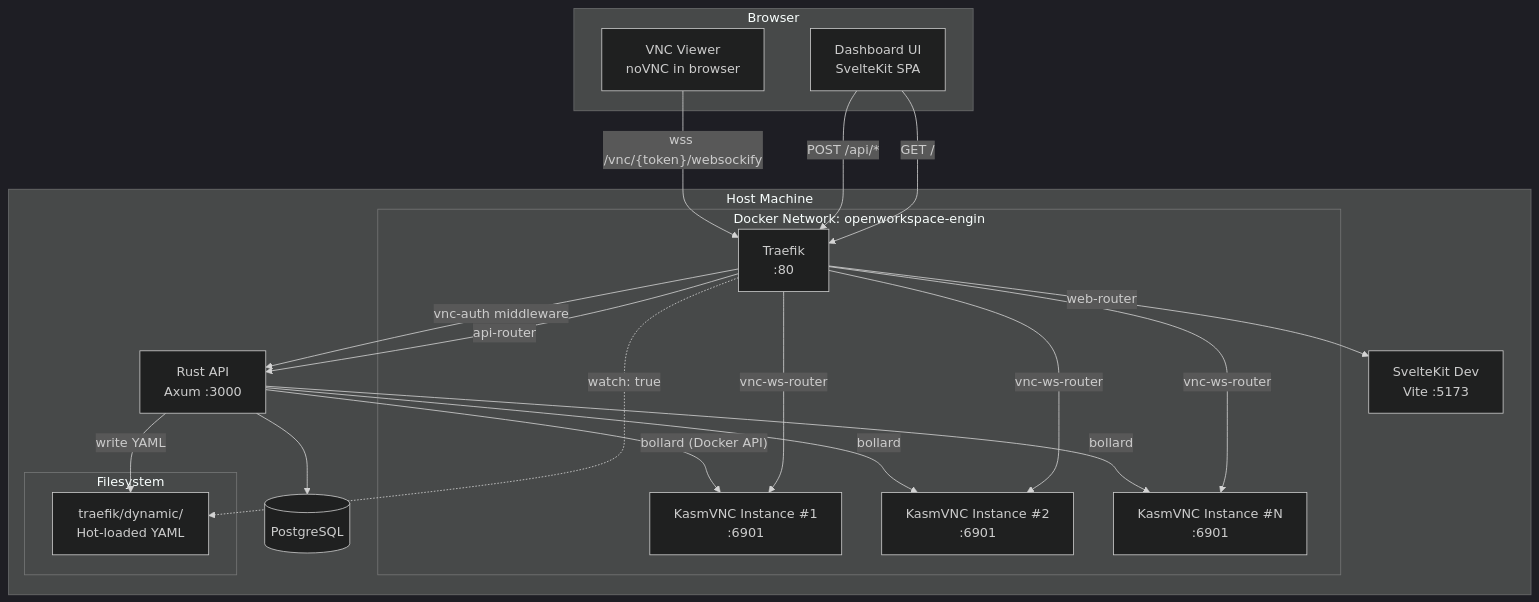
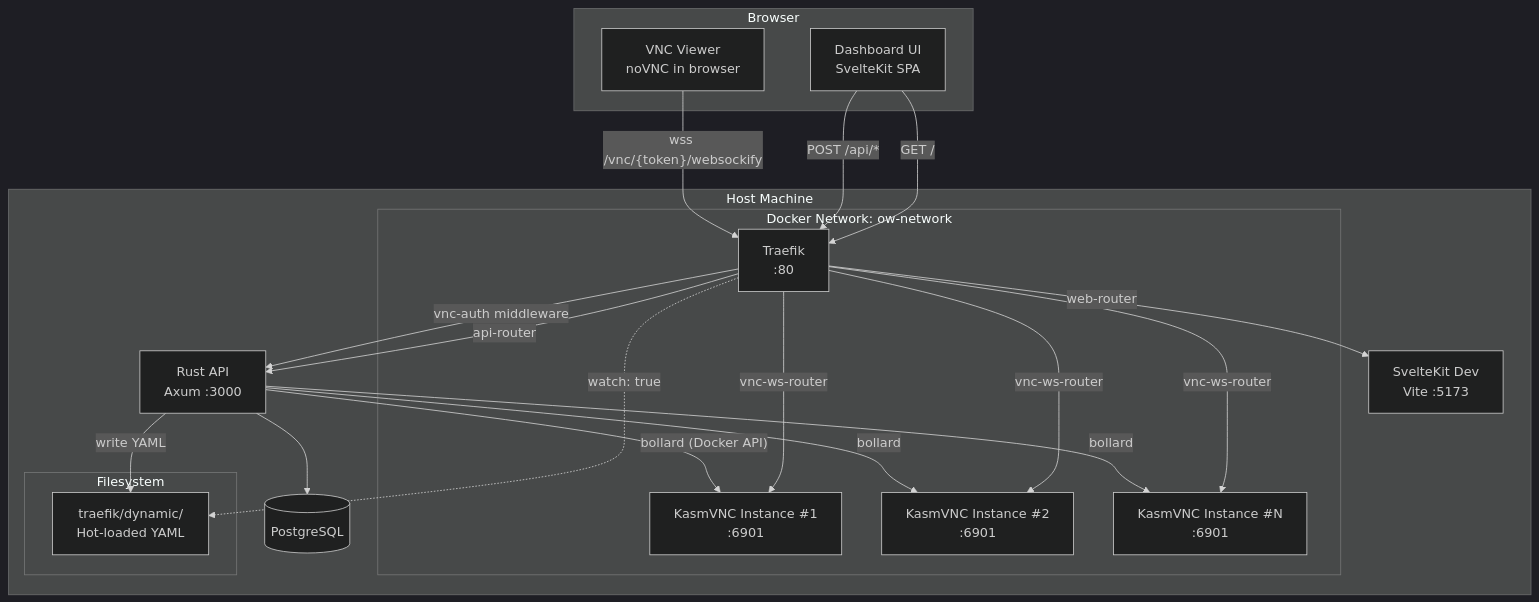
Before and after one commit to TsukiSama9292/OpenWorkspace-Engine: the first of 7 diagrams in docs/architecture.md, drawn with Mermaid (dark theme). The commit also changed other lines of this file and 13 other files, not shown here.

````diff
--- a/docs/architecture.md
+++ b/docs/architecture.md
@@ -11,43 +11,43 @@
 ```mermaid
 graph TB
     subgraph Browser
         UI[Dashboard UI<br/>SvelteKit SPA]
         VNC[VNC Viewer<br/>noVNC in browser]
     end
 
     subgraph "Host Machine"
-        subgraph Docker Network: openworkspace-engin
+        subgraph Docker Network: ow-network
             TRAEFIK[Traefik<br/>:80]
             KASM1["KasmVNC Instance #1<br/>:6901"]
             KASM2["KasmVNC Instance #2<br/>:6901"]
             KASMN["KasmVNC Instance #N<br/>:6901"]
         end
 
         API[Rust API<br/>Axum :3000]
         VITE[SvelteKit Dev<br/>Vite :5173]
         PG[(PostgreSQL)]
 
         subgraph "Filesystem"
             DYNAMIC["traefik/dynamic/<br/>Hot-loaded YAML"]
         end
     end
 
     UI -->|"GET /"| TRAEFIK
     UI -->|"POST /api/*"| TRAEFIK
     VNC -->|"wss /vnc/{token}/websockify"| TRAEFIK
 
     TRAEFIK -->|"api-router"| API
     TRAEFIK -->|"web-router"| VITE
     TRAEFIK -->|"vnc-auth middleware"| API
     TRAEFIK -->|"vnc-ws-router"| KASM1
     TRAEFIK -->|"vnc-ws-router"| KASM2
     TRAEFIK -->|"vnc-ws-router"| KASMN
 
     API --> PG
     API -->|"bollard (Docker API)"| KASM1
     API -->|"bollard"| KASM2
     API -->|"bollard"| KASMN
     API -->|"write YAML"| DYNAMIC
 
     TRAEFIK -.->|"watch: true"| DYNAMIC
 ```
````
